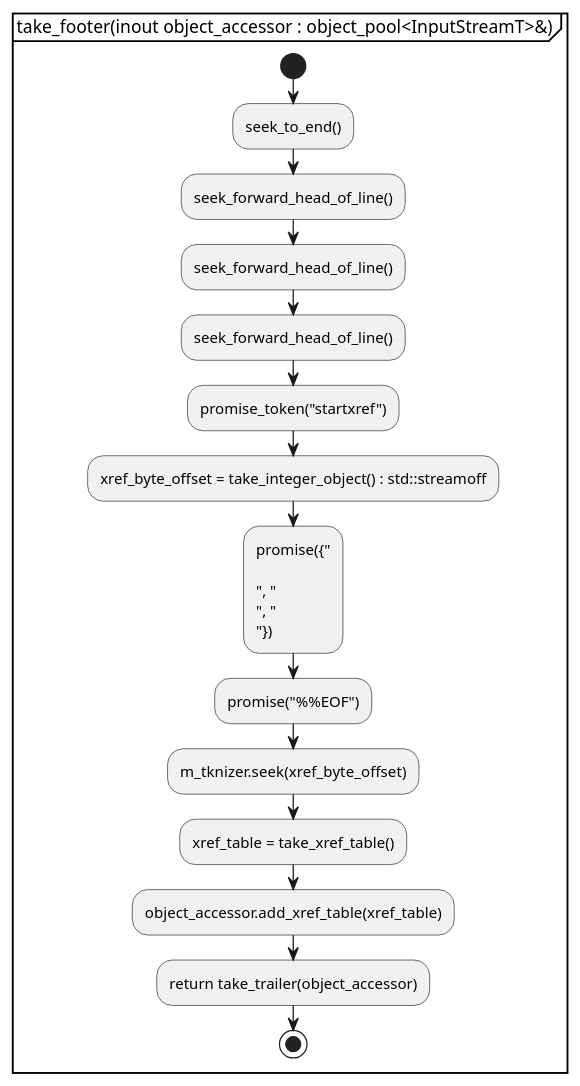
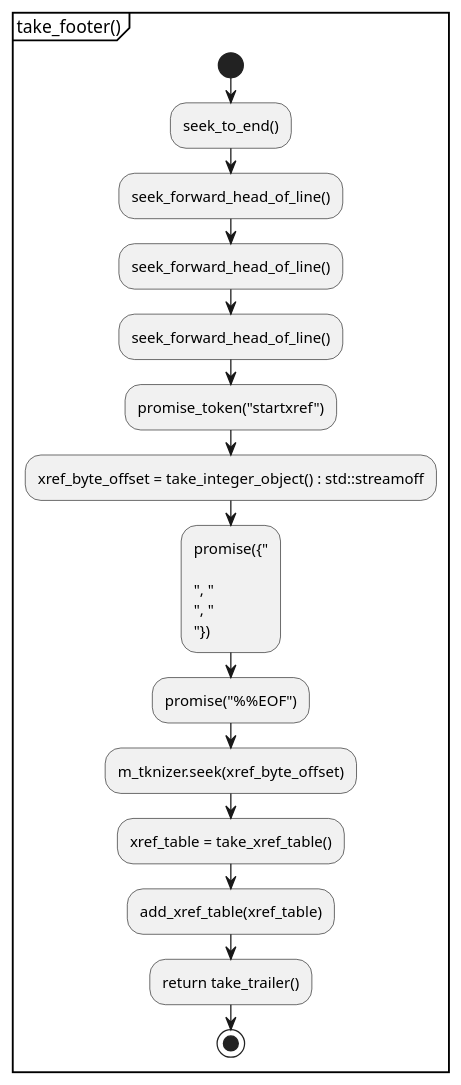
One commit to KodaiYM/PDFReader changed the second of 20 diagrams in document/document_reader/ipdfstream/ipdfstream.activity.pu. Above: the diagram before and after it, drawn with PlantUML. The commit also changed other lines of this file and 3 other files, not shown here.

Commit message:
object_pool 関連の最小限の修正

```diff
--- a/document/document_reader/ipdfstream/ipdfstream.activity.pu
+++ b/document/document_reader/ipdfstream/ipdfstream.activity.pu
@@ -9,28 +9,28 @@
 @startuml take_footer
-partition "take_footer(inout object_accessor : object_pool<InputStreamT>&)" {
+partition "take_footer()" {
 start
 	:seek_to_end();
 	:seek_forward_head_of_line();
 	:seek_forward_head_of_line();
 	:seek_forward_head_of_line();
 
 	' startxref
 	:promise_token("startxref");
 
 	' xref バイトオフセット
 	:xref_byte_offset = take_integer_object() : std::streamoff;
 
 	' %%EOF
 	:promise({"\r\n", "\n", "\r"});
 	:promise("%%EOF");
 
 	' Cross Reference Table
 	:m_tknizer.seek(xref_byte_offset);
 	:xref_table = take_xref_table();
 
 	' Trailer
-	:object_accessor.add_xref_table(xref_table);
-	:return take_trailer(object_accessor);
+	:add_xref_table(xref_table);
+	:return take_trailer();
 stop
 }
 @enduml
```
